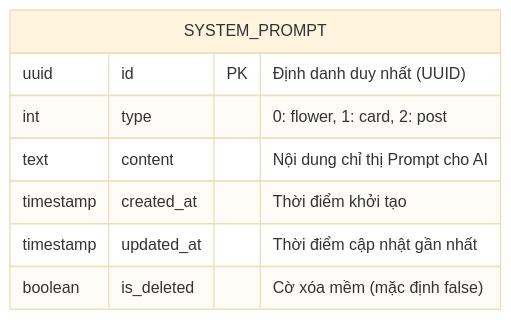
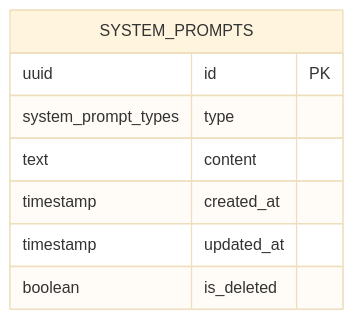
The fourth of 4 diagrams in hoa-theo-mua-ai-marketing/TDD/TDD-004-UpdateSystemPrompt.md (161seconds/document-first-brief), drawn with Mermaid (base theme) before and after one commit. The commit also changed other lines of this file and 44 other files, not shown here.

Commit message:
feat: initialize database schema documentation and comprehensive TDD suites for AI marketing features

````diff
--- a/hoa-theo-mua-ai-marketing/TDD/TDD-004-UpdateSystemPrompt.md
+++ b/hoa-theo-mua-ai-marketing/TDD/TDD-004-UpdateSystemPrompt.md
@@ -133,11 +133,11 @@
 ```mermaid
 erDiagram
-    SYSTEM_PROMPT {
-        uuid id PK "Định danh duy nhất (UUID)"
-        int type "0: flower, 1: card, 2: post"
-        text content "Nội dung chỉ thị Prompt cho AI"
-        timestamp created_at "Thời điểm khởi tạo"
-        timestamp updated_at "Thời điểm cập nhật gần nhất"
-        boolean is_deleted "Cờ xóa mềm (mặc định false)"
+    SYSTEM_PROMPTS {
+        uuid id PK
+        system_prompt_types type
+        text content
+        timestamp created_at
+        timestamp updated_at
+        boolean is_deleted
     }
 ```
````
